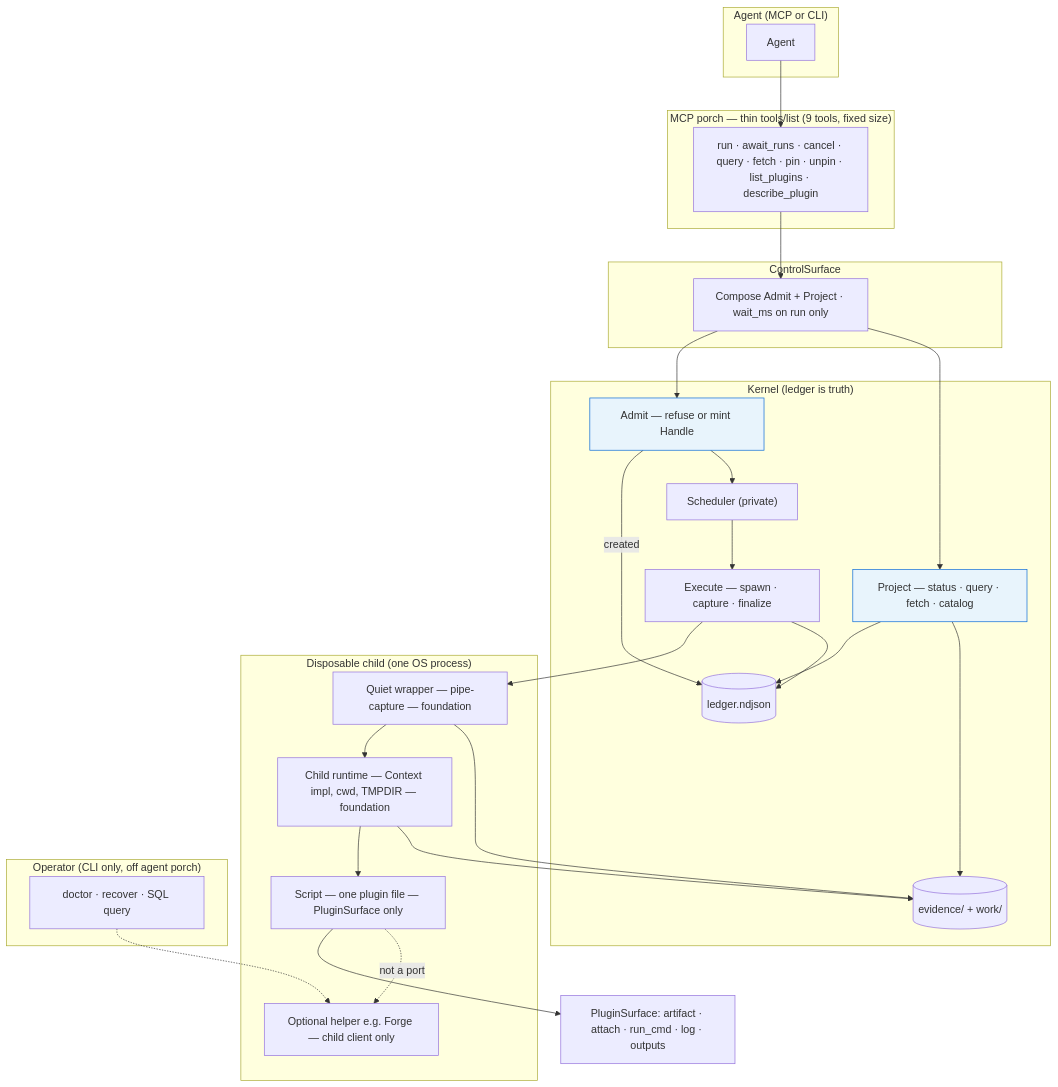
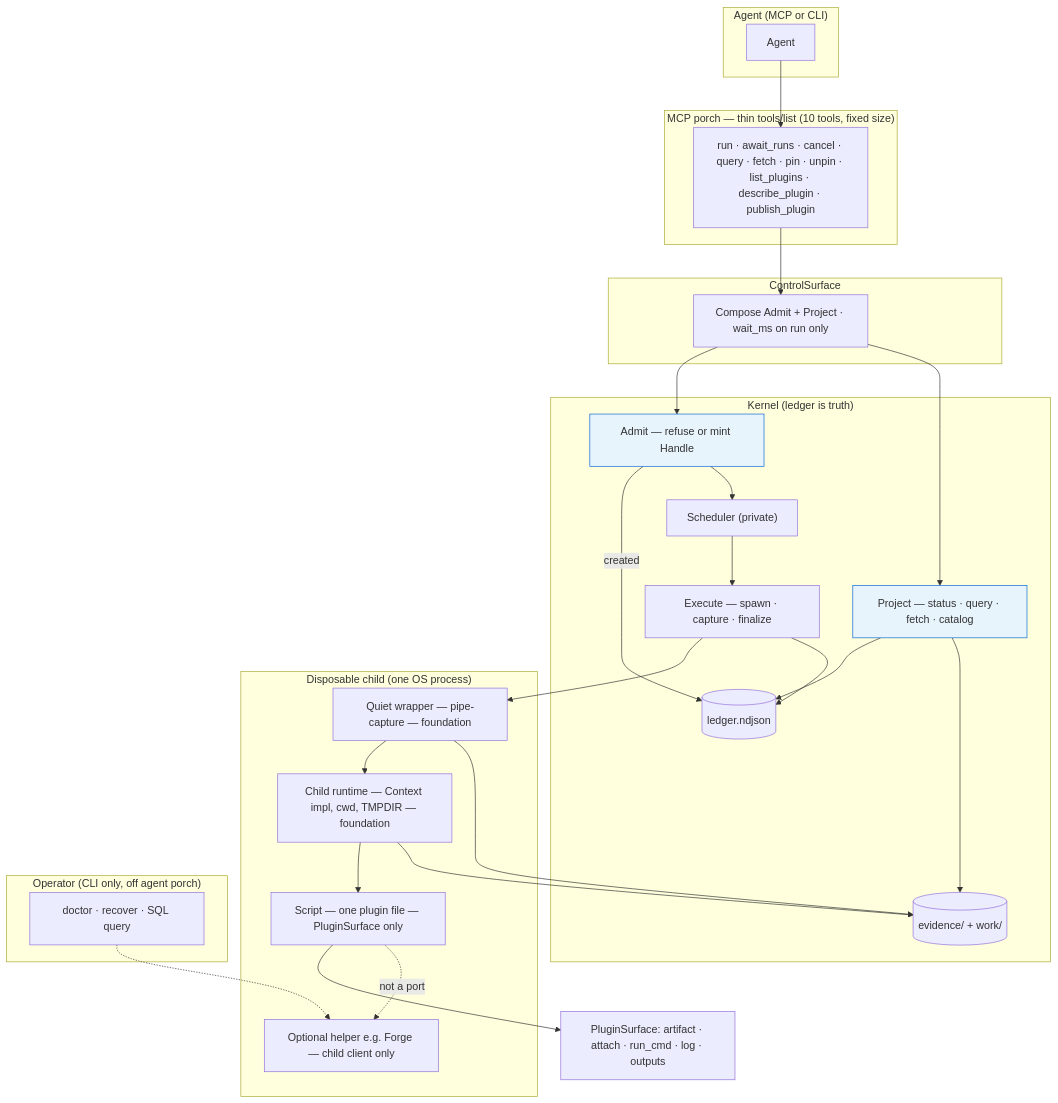
The first of 2 diagrams in hld/what-the-plan-is-trestle.md (cbrady321/trestle), drawn with Mermaid before and after one commit. The commit also changed other lines of this file and 6 other files, not shown here.

First line of the commit message:
Mark agent plugin initiative complete and sync ten-tool porch docs.

````diff
--- a/hld/what-the-plan-is-trestle.md
+++ b/hld/what-the-plan-is-trestle.md
@@ -105,56 +107,56 @@
 ```mermaid
 flowchart TB
   subgraph AgentLayer["Agent (MCP or CLI)"]
     Agent["Agent"]
   end
 
-  subgraph Porch["MCP porch — thin tools/list (9 tools, fixed size)"]
-    Tools["run · await_runs · cancel · query · fetch · pin · unpin · list_plugins · describe_plugin"]
+  subgraph Porch["MCP porch — thin tools/list (10 tools, fixed size)"]
+    Tools["run · await_runs · cancel · query · fetch · pin · unpin · list_plugins · describe_plugin · publish_plugin"]
   end
 
   subgraph Control["ControlSurface"]
     CS["Compose Admit + Project · wait_ms on run only"]
   end
 
   subgraph Kernel["Kernel (ledger is truth)"]
     Admit["Admit — refuse or mint Handle"]
     Project["Project — status · query · fetch · catalog"]
     Exec["Execute — spawn · capture · finalize"]
     Sched["Scheduler (private)"]
     Ledger[("ledger.ndjson")]
     Evidence[("evidence/ + work/")]
   end
 
   subgraph Runtime["Disposable child (one OS process)"]
     Wrapper["Quiet wrapper — pipe-capture — foundation"]
     ChildRT["Child runtime — Context impl, cwd, TMPDIR — foundation"]
     Script["Script — one plugin file — PluginSurface only"]
     Helper["Optional helper e.g. Forge — child client only"]
   end
 
   subgraph Operator["Operator (CLI only, off agent porch)"]
     Op["doctor · recover · SQL query"]
   end
 
   Agent --> Tools
   Tools --> CS
   CS --> Admit
   CS --> Project
   Admit -->|"created"| Ledger
   Admit --> Sched
   Sched --> Exec
   Exec --> Wrapper
   Wrapper --> ChildRT
   ChildRT --> Script
   Script --> Ctx["PluginSurface: artifact · attach · run_cmd · log · outputs"]
   Script -.->|"not a port"| Helper
   ChildRT --> Evidence
   Wrapper --> Evidence
   Exec --> Ledger
   Project --> Ledger
   Project --> Evidence
   Op -.-> Helper
 
   classDef overlay fill:#e8f4fc,stroke:#0366d6
   class Admit,Project overlay
 ```
````
